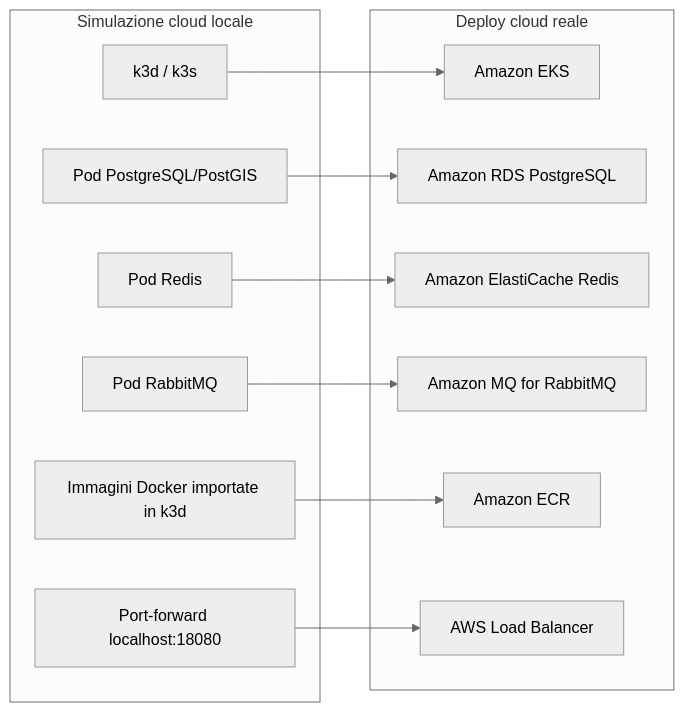
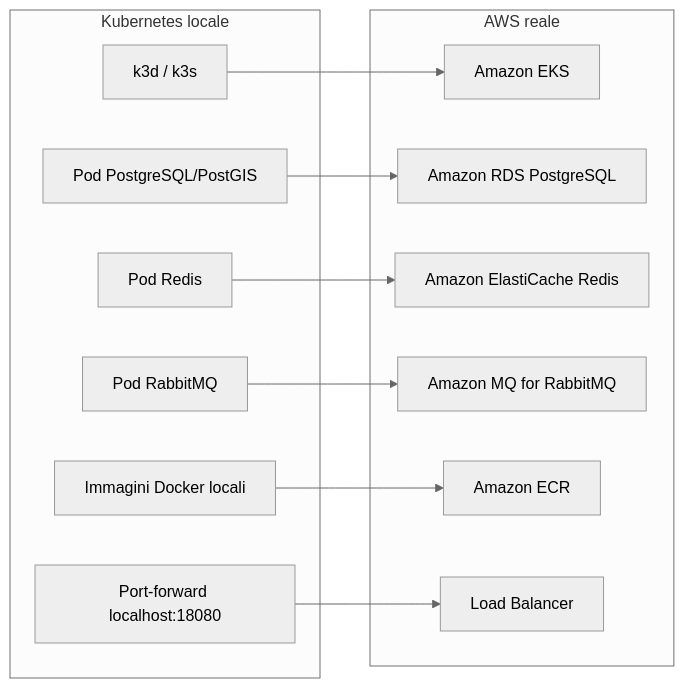
Before and after one commit to AlbertoBocchieri/Progetto-Sistemi-Cloud: the first of 3 diagrams in README.md, drawn with Mermaid (neutral theme). The commit also changed other lines of this file and 1 other file, not shown here.

Commit message:
Aggiornato README con architettura e dettagli cloud

````diff
--- a/README.md
+++ b/README.md
@@ -148,27 +144,27 @@
 ```mermaid
 flowchart LR
-    subgraph Locale["Simulazione cloud locale"]
+    subgraph Locale["Kubernetes locale"]
         K3D["k3d / k3s"]
-        LPOSTGRES["Pod PostgreSQL/PostGIS"]
+        LDB["Pod PostgreSQL/PostGIS"]
         LREDIS["Pod Redis"]
         LRABBIT["Pod RabbitMQ"]
-        LIMG["Immagini Docker importate in k3d"]
+        LIMG["Immagini Docker locali"]
         LPORT["Port-forward localhost:18080"]
     end
 
-    subgraph AWS["Deploy cloud reale"]
+    subgraph AWS["AWS reale"]
         EKS["Amazon EKS"]
         RDS["Amazon RDS PostgreSQL"]
         REDIS["Amazon ElastiCache Redis"]
         MQ["Amazon MQ for RabbitMQ"]
         ECR["Amazon ECR"]
-        LB["AWS Load Balancer"]
+        LB["Load Balancer"]
     end
 
     K3D --> EKS
-    LPOSTGRES --> RDS
+    LDB --> RDS
     LREDIS --> REDIS
     LRABBIT --> MQ
     LIMG --> ECR
     LPORT --> LB
 ```
````
